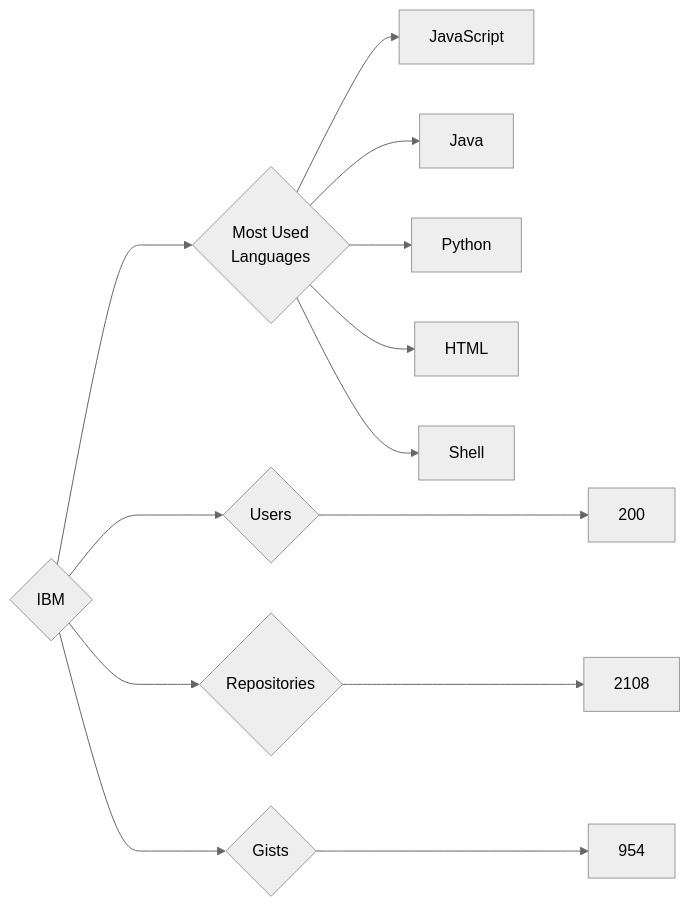
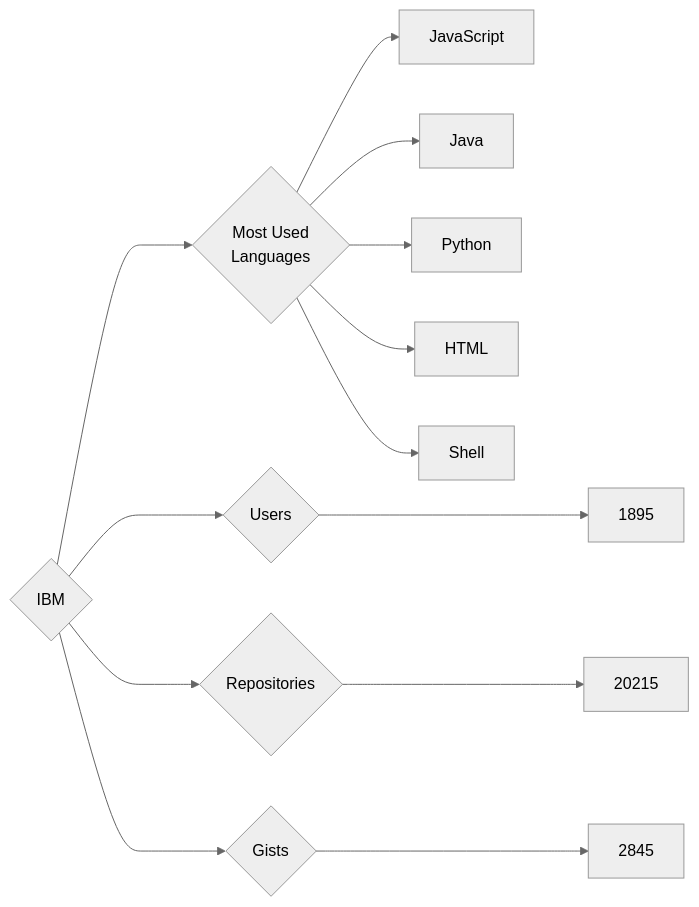
The diagram in targets/IBM/README.md (trickest/insiders), drawn with Mermaid (neutral theme) before and after one commit. The commit also changed 688 other files, not shown here.

````diff
--- a/targets/IBM/README.md
+++ b/targets/IBM/README.md
@@ -3,13 +3,13 @@
 ```mermaid
 graph LR
 COMPANY_NAME{IBM}
-COMPANY_NAME ---> U{Users} ---> UN[200]
-COMPANY_NAME ---> R{Repositories} ---> RN[2108]
-COMPANY_NAME ---> G{Gists} ---> GN[954]
+COMPANY_NAME ---> U{Users} ---> UN[1895]
+COMPANY_NAME ---> R{Repositories} ---> RN[20215]
+COMPANY_NAME ---> G{Gists} ---> GN[2845]
 COMPANY_NAME ---> ML{Most Used<br>Languages}
 ML --> JavaScript[JavaScript]
 ML --> Java[Java]
 ML --> Python[Python]
 ML --> HTML[HTML]
 ML --> Shell[Shell]
 ```
````
